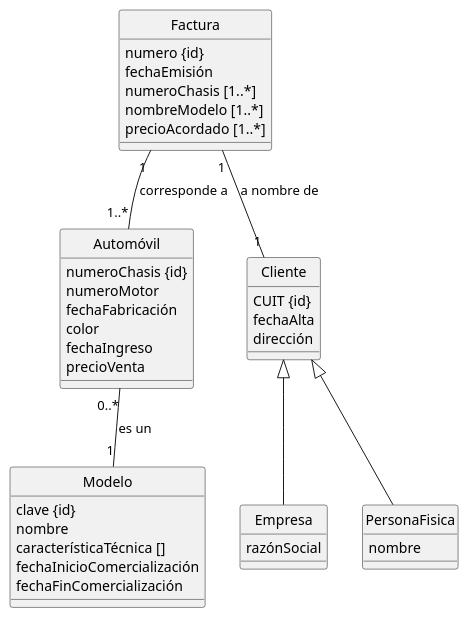
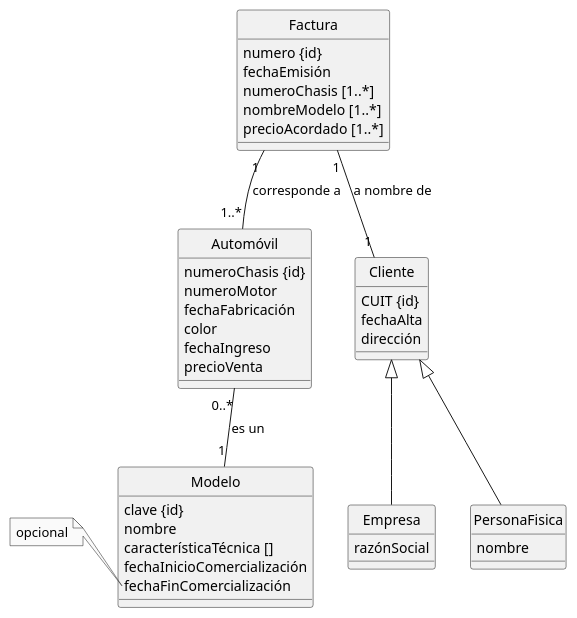
Before and after one commit to NicolasEzequielZulaicaRivera/FIUBS_ANINFO: the diagram in excersices/C4/4.8/diagram.puml, drawn with PlantUML. The commit also changed 1 other file, not shown here.

```diff
--- a/excersices/C4/4.8/diagram.puml
+++ b/excersices/C4/4.8/diagram.puml
@@ -1,54 +1,57 @@
 @startuml
 skinparam monochrome true
 skinparam style strictuml
 hide circle
 
 class Modelo {
   clave {id}
   nombre
   característicaTécnica []
   fechaInicioComercialización
   fechaFinComercialización
 }
+note left of Modelo::fechaFinComercialización
+opcional
+end note
 
 class Automóvil {
   numeroChasis {id}
   numeroMotor
   fechaFabricación
   color
   fechaIngreso
   precioVenta
 }
 
 class Factura {
   numero {id}
   fechaEmisión
   numeroChasis [1..*]
   nombreModelo [1..*]
   precioAcordado [1..*]
 }
 
 class Cliente {
   CUIT {id}
   fechaAlta
   dirección
 }
 
 class Empresa {
   razónSocial
 }
 
 class PersonaFisica {
   nombre
 }
 
 Automóvil "0..*"--"1" Modelo : es un
 
 Factura "1"--"1..*" Automóvil : corresponde a
 
 Factura "1"--"1" Cliente : a nombre de
 
 Cliente <|-- Empresa
 Cliente <|-- PersonaFisica
 
 @enduml
```
